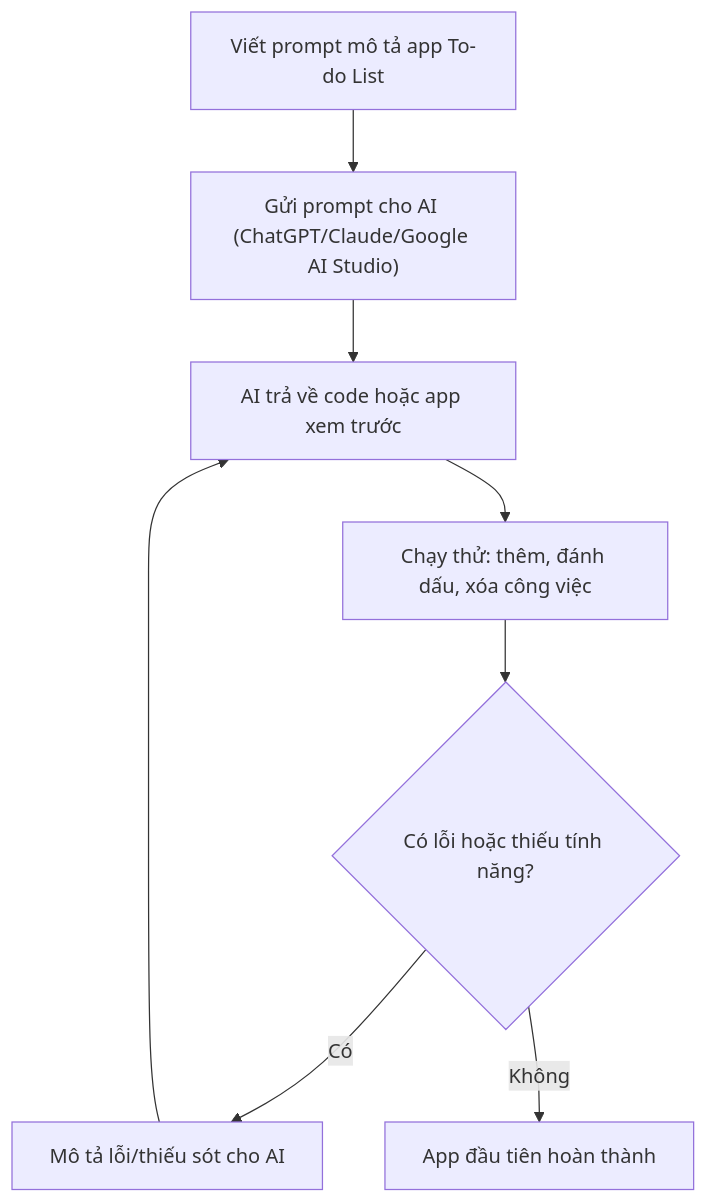
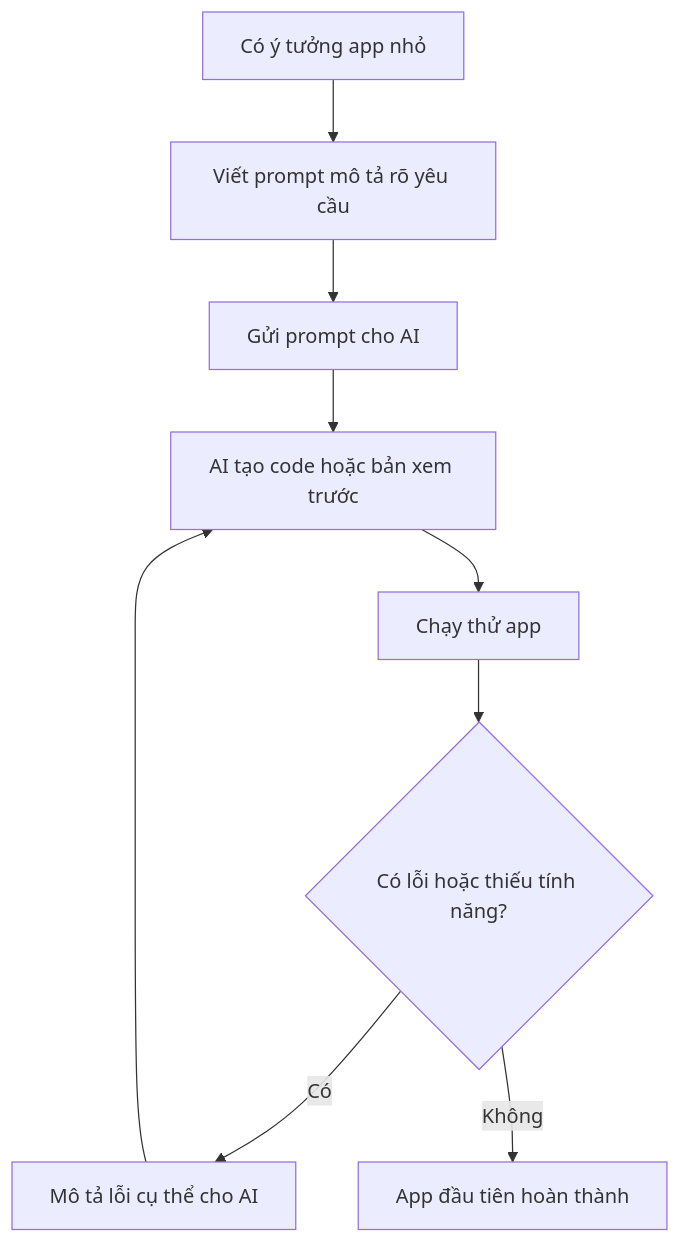
Before and after one commit to AlanKhan145/course-knowledge-base: the first of 2 diagrams in khoa-hoc-vibe-coding-co-ban/Module 02 - Tong Quan Va Khai Niem Co Ban Ve Vibe Coding/05-thuc-hanh-tao-app-dau-tien.md, drawn with Mermaid. The commit also changed other lines of this file and 19 other files, not shown here.

````diff
--- a/khoa-hoc-vibe-coding-co-ban/Module 02 - Tong Quan Va Khai Niem Co Ban Ve Vibe Coding/05-thuc-hanh-tao-app-dau-tien.md
+++ b/khoa-hoc-vibe-coding-co-ban/Module 02 - Tong Quan Va Khai Niem Co Ban Ve Vibe Coding/05-thuc-hanh-tao-app-dau-tien.md
@@ -61,10 +137,11 @@
 ```mermaid
 flowchart TD
-    A["Viết prompt mô tả app To-do List"] --> B["Gửi prompt cho AI (ChatGPT/Claude/Google AI Studio)"]
-    B --> C["AI trả về code hoặc app xem trước"]
-    C --> D["Chạy thử: thêm, đánh dấu, xóa công việc"]
-    D --> E{"Có lỗi hoặc thiếu tính năng?"}
-    E -- "Có" --> F["Mô tả lỗi/thiếu sót cho AI"]
-    F --> C
-    E -- "Không" --> G["App đầu tiên hoàn thành"]
+    A["Có ý tưởng app nhỏ"] --> B["Viết prompt mô tả rõ yêu cầu"]
+    B --> C["Gửi prompt cho AI"]
+    C --> D["AI tạo code hoặc bản xem trước"]
+    D --> E["Chạy thử app"]
+    E --> F{"Có lỗi hoặc thiếu tính năng?"}
+    F -- "Có" --> G["Mô tả lỗi cụ thể cho AI"]
+    G --> D
+    F -- "Không" --> H["App đầu tiên hoàn thành"]
 ```
````
